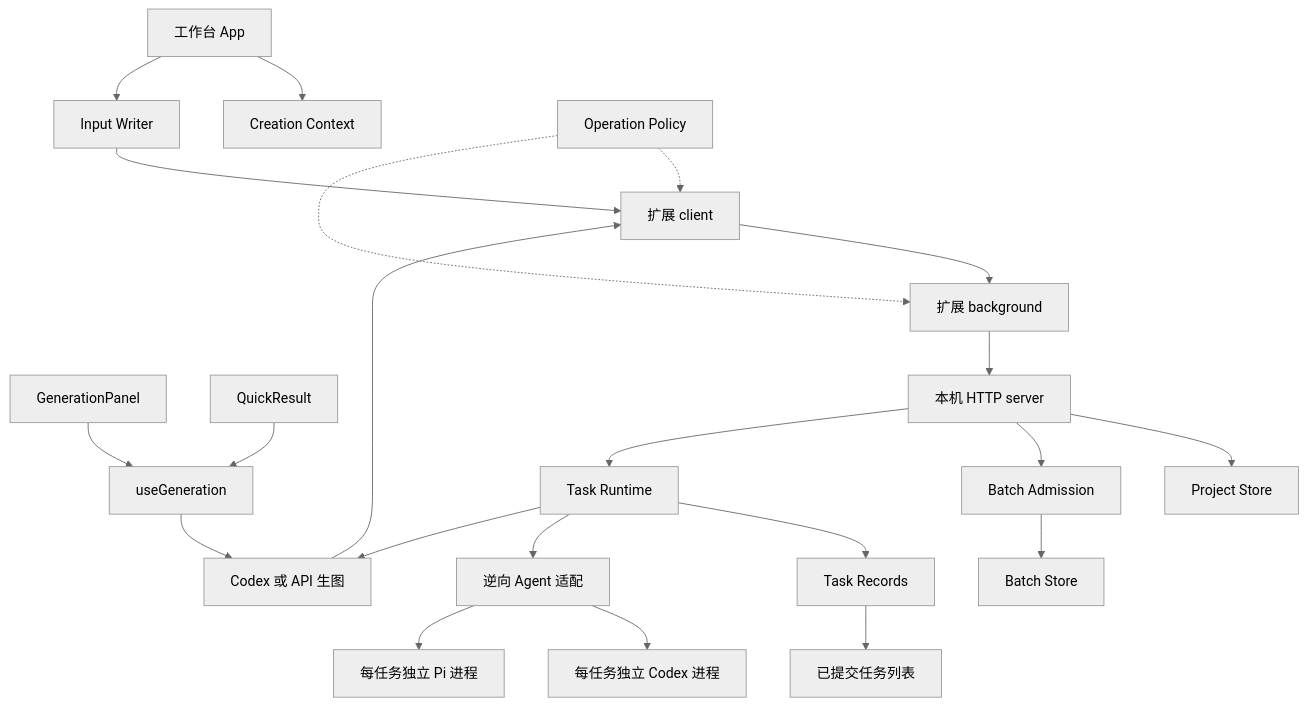
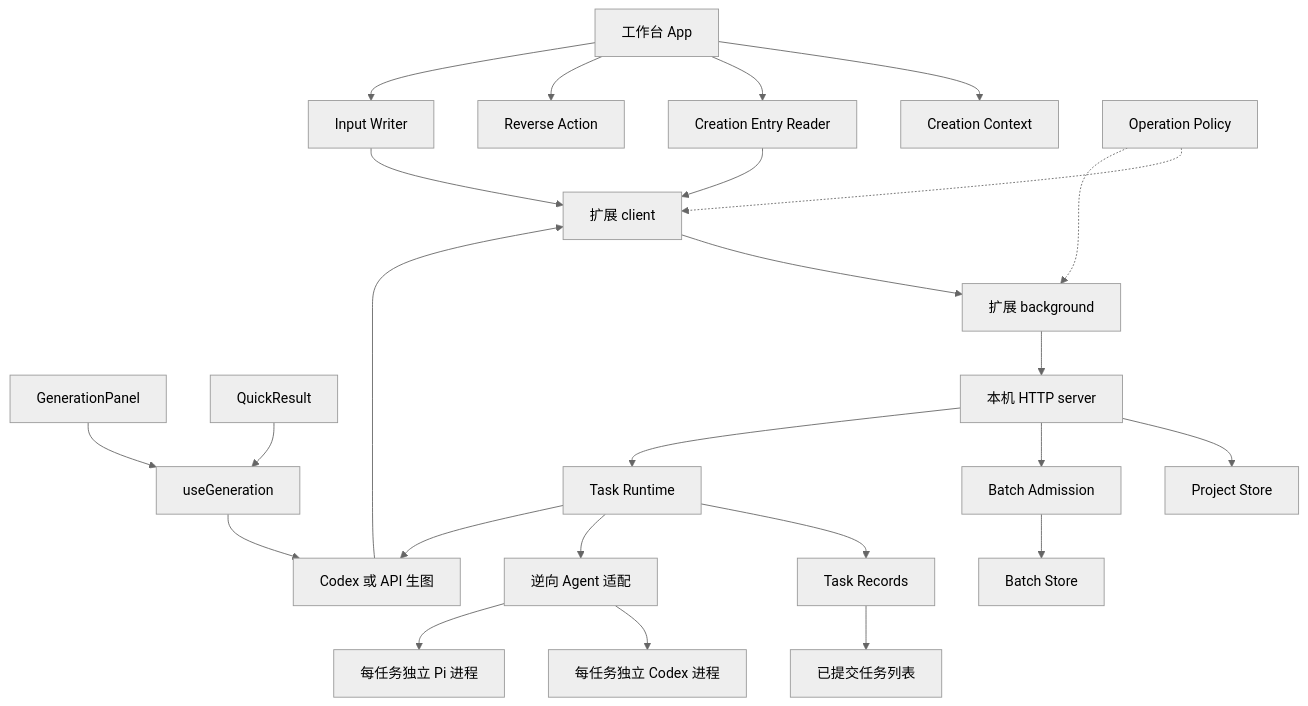
The diagram in browser-extension/docs/architecture.md (AIDiscovery007/qc-reframe), drawn with Mermaid (neutral theme) before and after one commit. The commit also changed other lines of this file and 3 other files, not shown here.

Commit message:
refactor: extract creation entry reads and reverse eligibility

````diff
--- a/browser-extension/docs/architecture.md
+++ b/browser-extension/docs/architecture.md
@@ -5,24 +5,27 @@
 ```mermaid
 flowchart TD
   App[工作台 App] --> Context[Creation Context]
+  App --> Entry[Creation Entry Reader]
+  App --> Reverse[Reverse Action]
   App --> Writer[Input Writer]
   Workspace[GenerationPanel] --> Hook[useGeneration]
   Quick[QuickResult] --> Hook
   Hook --> Generation[Generation Session]
   Writer --> Client[扩展 client]
+  Entry --> Client
   Generation --> Client
   Client --> Background[扩展 background]
   Policy[Operation Policy] -.-> Client
   Policy -.-> Background
   Background --> Bridge[本机 HTTP server]
   Bridge --> Projects[Project Store]
   Bridge --> Admission[Batch Admission]
   Admission --> Batches[Batch Store]
   Bridge --> Runtime[Task Runtime]
   Runtime --> Records[Task Records]
   Records --> Feed[已提交任务列表]
   Runtime --> Agent[逆向 Agent 适配]
   Agent --> Codex[每任务独立 Codex 进程]
   Agent --> Pi[每任务独立 Pi 进程]
   Runtime --> Generation[Codex 或 API 生图]
 ```
````
